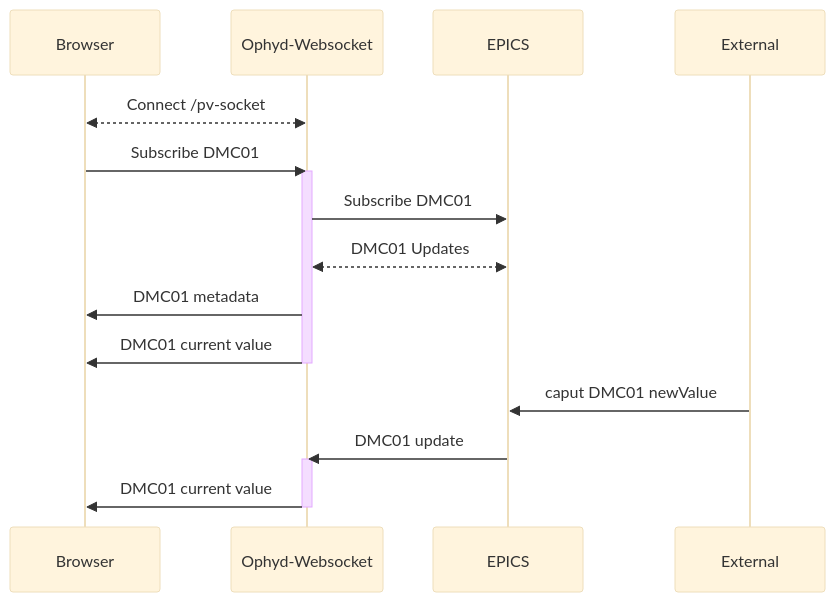
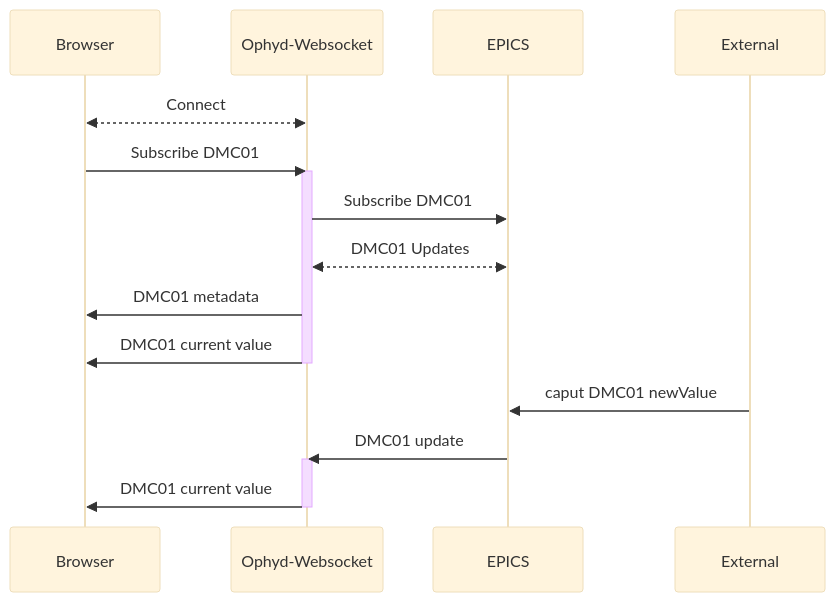
The second of 2 diagrams in README.md (bluesky/ophyd-websocket), drawn with Mermaid (base theme) before and after one commit. The commit also changed other lines of this file and 24 other files, not shown here.

First line of the commit message:
Experimental Ophyd as a Service API + Device Socket + Camera Socket (#14)

````diff
--- a/README.md
+++ b/README.md
@@ -242,16 +347,16 @@
 ```mermaid
 sequenceDiagram
-        Browser<<-->>Ophyd-Websocket: Connect /pv-socket
+        Browser<<-->>Ophyd-Websocket: Connect
         Browser->>Ophyd-Websocket: Subscribe DMC01
         activate Ophyd-Websocket
         Ophyd-Websocket->>EPICS: Subscribe DMC01
         EPICS<<-->>Ophyd-Websocket: DMC01 Updates
         Ophyd-Websocket->>Browser: DMC01 metadata
         Ophyd-Websocket->>Browser: DMC01 current value
         deactivate Ophyd-Websocket
         External->>EPICS: caput DMC01 newValue
         EPICS->>Ophyd-Websocket: DMC01 update
         activate Ophyd-Websocket
         Ophyd-Websocket->>Browser: DMC01 current value
         deactivate Ophyd-Websocket
 ```
````
